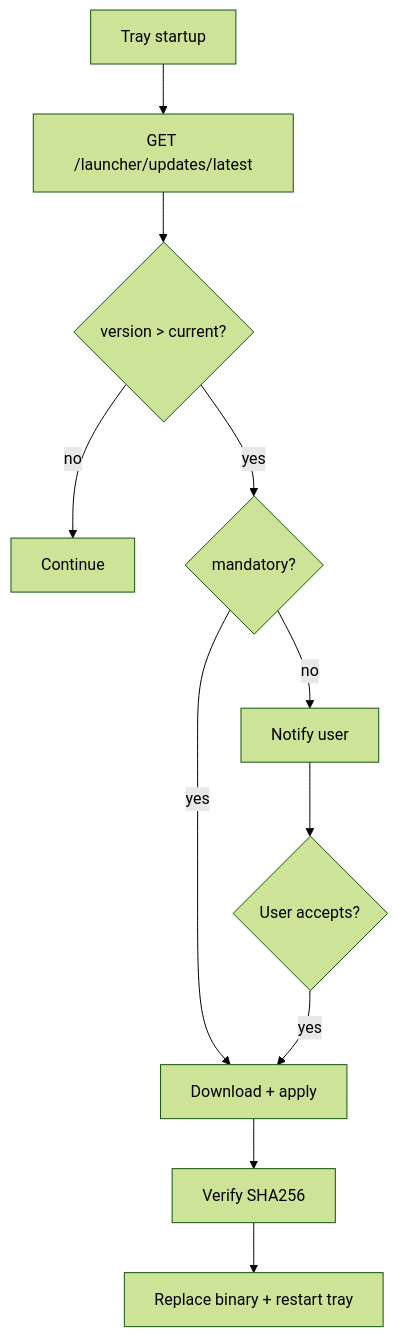
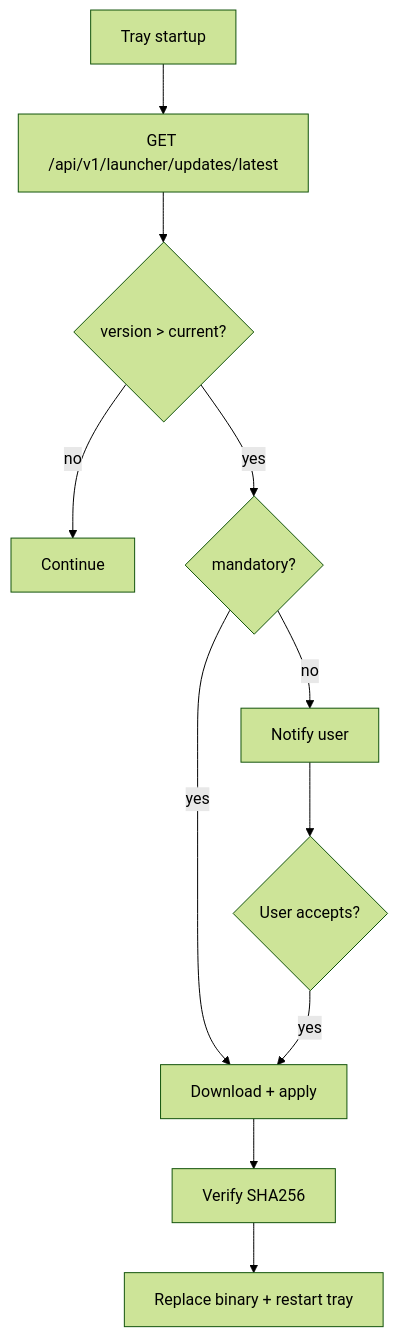
One commit to mindevis/qx-project changed the diagram in docs/auto-update.md. Above: the diagram before and after it, drawn with Mermaid (forest theme). The commit also changed other lines of this file and 129 other files, not shown here.

````diff
--- a/docs/auto-update.md
+++ b/docs/auto-update.md
@@ -33,13 +34,13 @@
 ```mermaid
 flowchart TD
-    A[Tray startup] --> B[GET /launcher/updates/latest]
+    A[Tray startup] --> B[GET /api/v1/launcher/updates/latest]
     B --> C{version > current?}
     C -->|no| D[Continue]
     C -->|yes| E{mandatory?}
     E -->|yes| F[Download + apply]
     E -->|no| G[Notify user]
     G --> H{User accepts?}
     H -->|yes| F
     F --> I[Verify SHA256]
     I --> J[Replace binary + restart tray]
 ```
````
